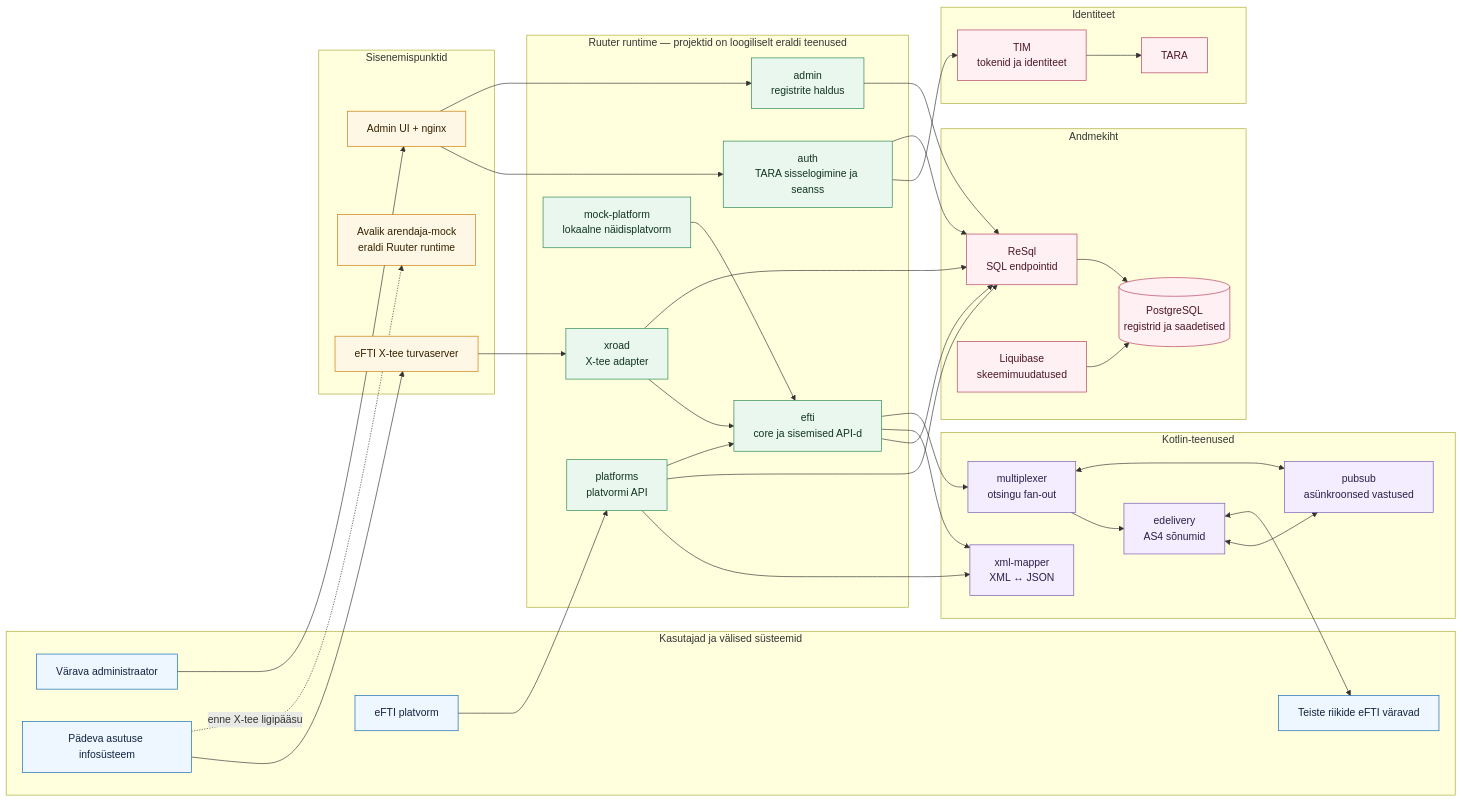
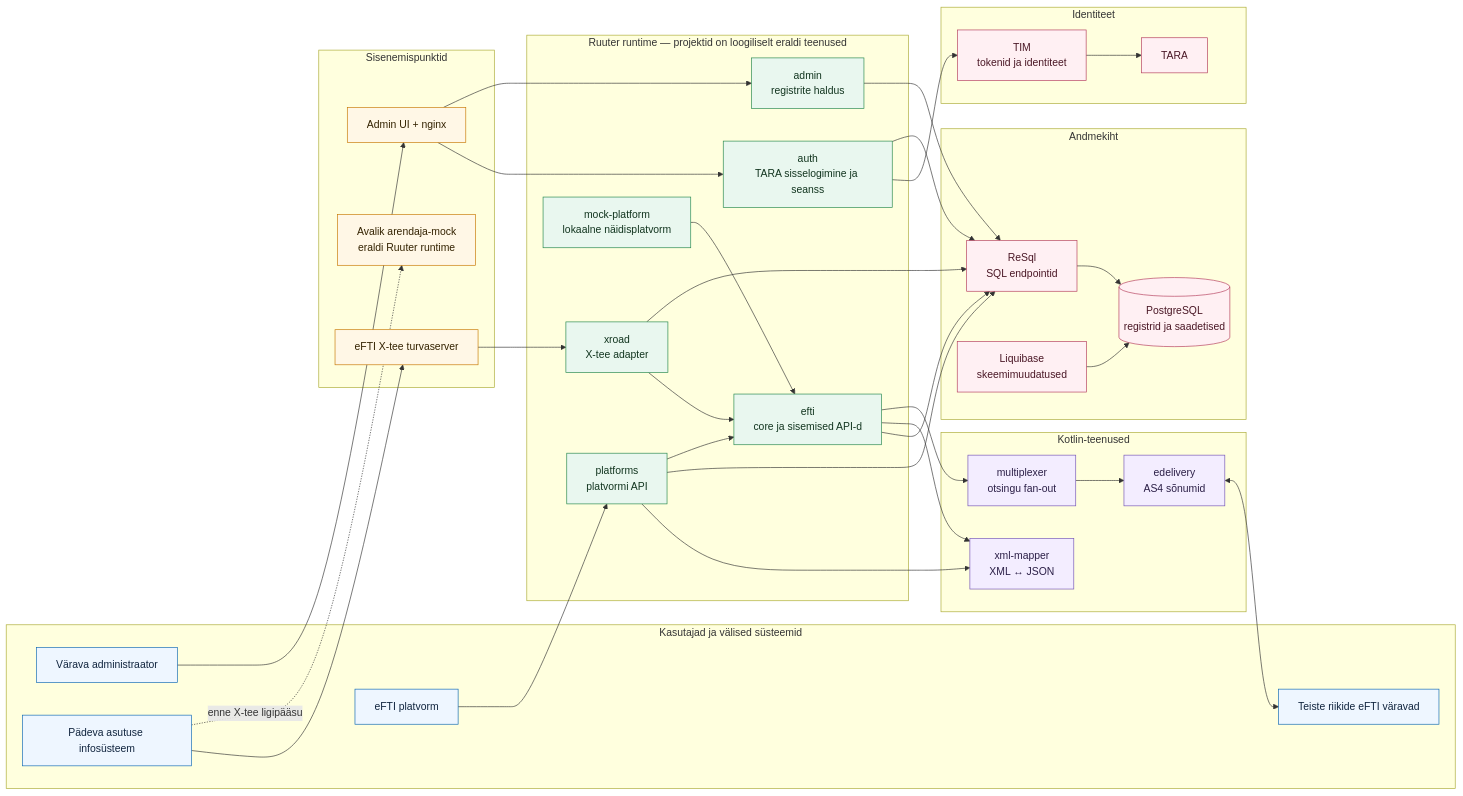
One commit to kemit-ee/efti-gate-ee changed the diagram in docs/user-guide/src/images/system-architecture.mmd. Above: the diagram before and after it, drawn with Mermaid. The commit also changed 48 other files, not shown here.

```diff
--- a/docs/user-guide/src/images/system-architecture.mmd
+++ b/docs/user-guide/src/images/system-architecture.mmd
@@ -1,83 +1,80 @@
 flowchart LR
   classDef actor fill:#eef6ff,stroke:#0b66b2,color:#10243e,stroke-width:1px
   classDef edge fill:#fff7e6,stroke:#c77700,color:#332200,stroke-width:1px
   classDef ruuter fill:#e9f7ef,stroke:#23864a,color:#12351f,stroke-width:1px
   classDef kotlin fill:#f3edff,stroke:#7253b5,color:#2b1f47,stroke-width:1px
   classDef data fill:#fff0f3,stroke:#b33b5a,color:#4a1725,stroke-width:1px
 
   subgraph USERS["Kasutajad ja välised süsteemid"]
     ADMIN["Värava administraator"]
     PLATFORM["eFTI platvorm"]
     AUTHORITY["Pädeva asutuse infosüsteem"]
     PEERS["Teiste riikide eFTI väravad"]
   end
 
   subgraph ENTRY["Sisenemispunktid"]
     UI["Admin UI + nginx"]
     SS["eFTI X-tee turvaserver"]
     DEV["Avalik arendaja-mock\neraldi Ruuter runtime"]
   end
 
   subgraph RR["Ruuter runtime — projektid on loogiliselt eraldi teenused"]
     AUTH["auth\nTARA sisselogimine ja seanss"]
     ADMINAPI["admin\nregistrite haldus"]
     PLATFORMAPI["platforms\nplatvormi API"]
     XROAD["xroad\nX-tee adapter"]
     EFTI["efti\ncore ja sisemised API-d"]
     MOCK["mock-platform\nlokaalne näidisplatvorm"]
   end
 
   subgraph JVM["Kotlin-teenused"]
     XML["xml-mapper\nXML ↔ JSON"]
     MUX["multiplexer\notsingu fan-out"]
     EDELIVERY["edelivery\nAS4 sõnumid"]
-    PUBSUB["pubsub\nasünkroonsed vastused"]
   end
 
   subgraph ID["Identiteet"]
     TIM["TIM\ntokenid ja identiteet"]
     TARA["TARA"]
   end
 
   subgraph DATA["Andmekiht"]
     RESQL["ReSql\nSQL endpointid"]
     DB[("PostgreSQL\nregistrid ja saadetised")]
     LB["Liquibase\nskeemimuudatused"]
   end
 
   ADMIN --> UI
   UI --> AUTH
   UI --> ADMINAPI
   AUTH --> TIM --> TARA
 
   PLATFORM --> PLATFORMAPI
   PLATFORMAPI --> XML
   PLATFORMAPI --> RESQL
   PLATFORMAPI --> EFTI
 
   AUTHORITY --> SS --> XROAD
   XROAD --> EFTI
   XROAD --> RESQL
 
   ADMINAPI --> RESQL
   AUTH --> RESQL
   EFTI --> RESQL
   EFTI --> XML
   EFTI --> MUX
   MOCK --> EFTI
 
   MUX --> EDELIVERY
-  MUX <--> PUBSUB
-  EDELIVERY <--> PUBSUB
   EDELIVERY <--> PEERS
 
   RESQL --> DB
   LB --> DB
 
   AUTHORITY -. "enne X-tee ligipääsu" .-> DEV
 
   class ADMIN,PLATFORM,AUTHORITY,PEERS actor
   class UI,SS,DEV edge
   class AUTH,ADMINAPI,PLATFORMAPI,XROAD,EFTI,MOCK ruuter
-  class XML,MUX,EDELIVERY,PUBSUB kotlin
+  class XML,MUX,EDELIVERY kotlin
   class RESQL,DB,LB,TIM,TARA data
```
